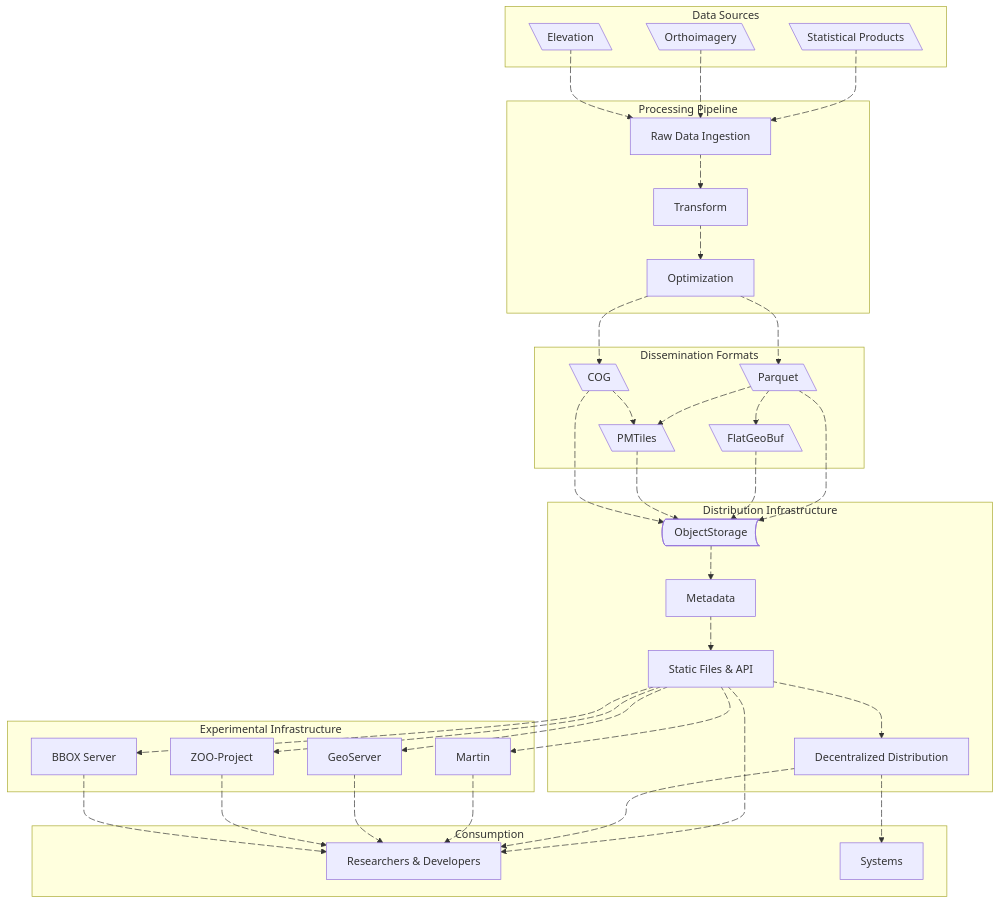
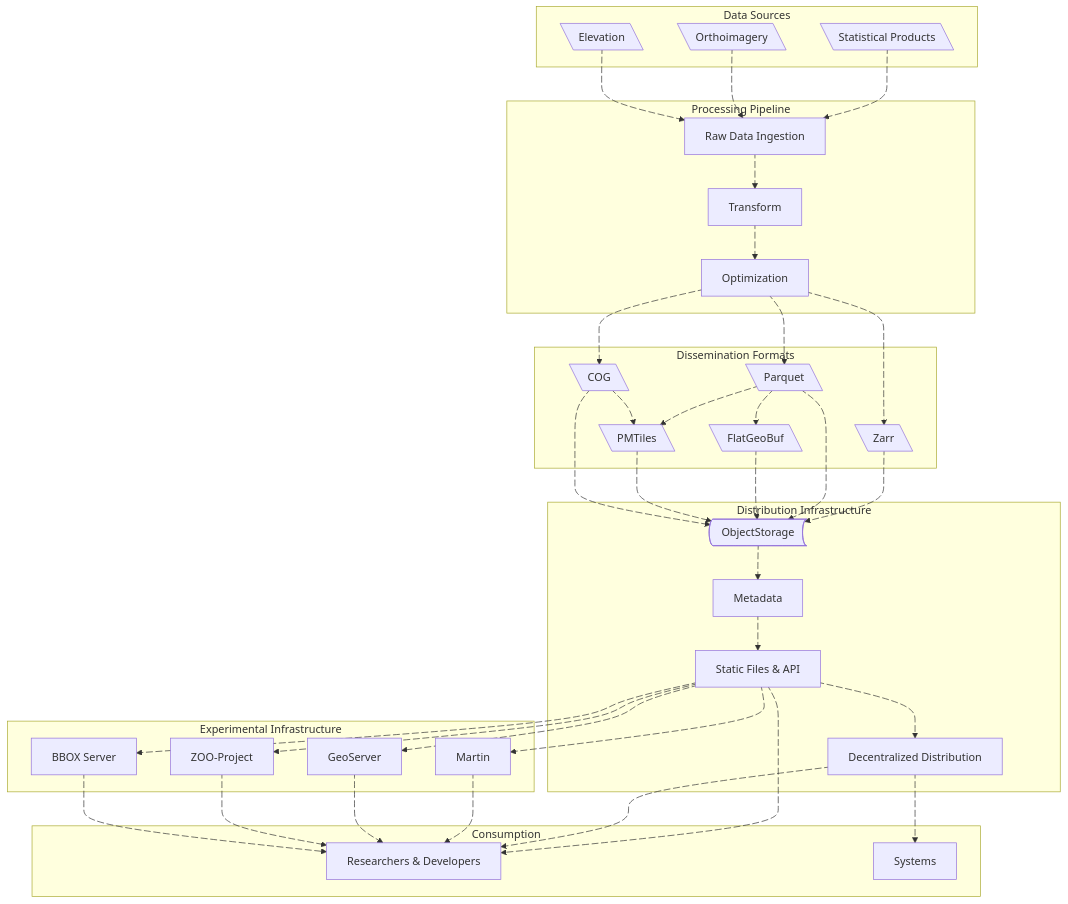
The diagram in content/_index.md (dataforcanada/www.dataforcanada.org), drawn with Mermaid before and after one commit.

Commit message:
Add Zarr as one of the dissemination formats. TODO: fix diagram unique ids once the high-level overview diagram is complete

```diff
--- a/content/_index.md
+++ b/content/_index.md
@@ -39,6 +39,7 @@
         FlatGeoBuf@{ shape: lean-l}
         PMTiles@{ shape: lean-l}
         COG@{ shape: lean-l}
+        Zarr@{ shape: lean-l}
     end
 
     subgraph "Distribution Infrastructure"
@@ -79,6 +80,10 @@
     a8@{animate: true, animation: slow}
     Opt a9@--> COG
     a9@{animate: true, animation: slow}
+    Opt a29@--> Zarr
+    a29@{animate: true, animation: slow}
+    Zarr a30@--> ObjectStorage
+    a30@{animate: true, animation: slow}
     Parquet a10@--> ObjectStorage
     a10@{animate: true, animation: slow}
     FlatGeoBuf a11@--> ObjectStorage
@@ -122,6 +127,7 @@
     click Parquet "https://github.com/apache/parquet-format/" _blank
     click FlatGeoBuf "https://flatgeobuf.org/" _blank
     click PMTiles "https://github.com/protomaps/PMTiles/blob/main/spec/v3/spec.md" _blank
+    click Zarr "https://github.com/zarr-developers/geozarr-spec/" _blank
     click StatProducts "https://www.dataforcanada.org/docs/processes/statistical_products/" _blank
     click Orthoimagery "https://www.dataforcanada.org/docs/processes/orthoimagery/" _blank
     click DecentralizedDistribution "https://www.dataforcanada.org/docs/dissemination/" _blank
```
